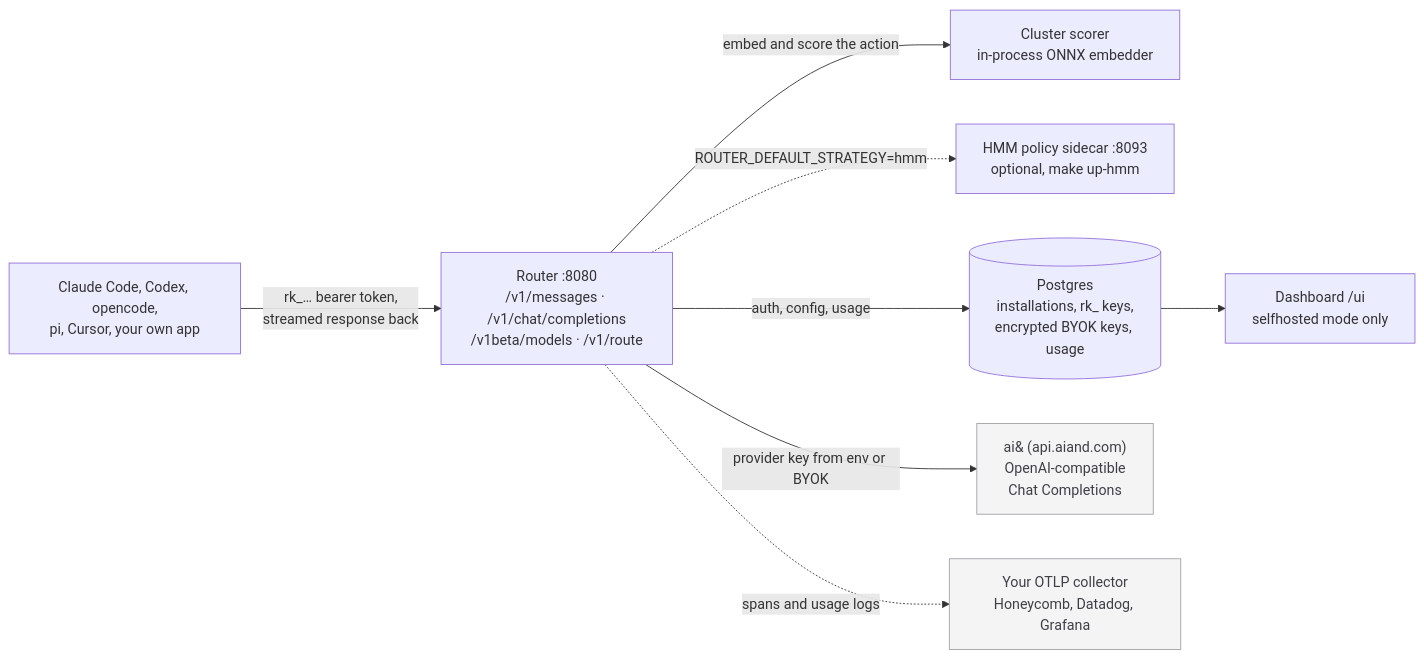
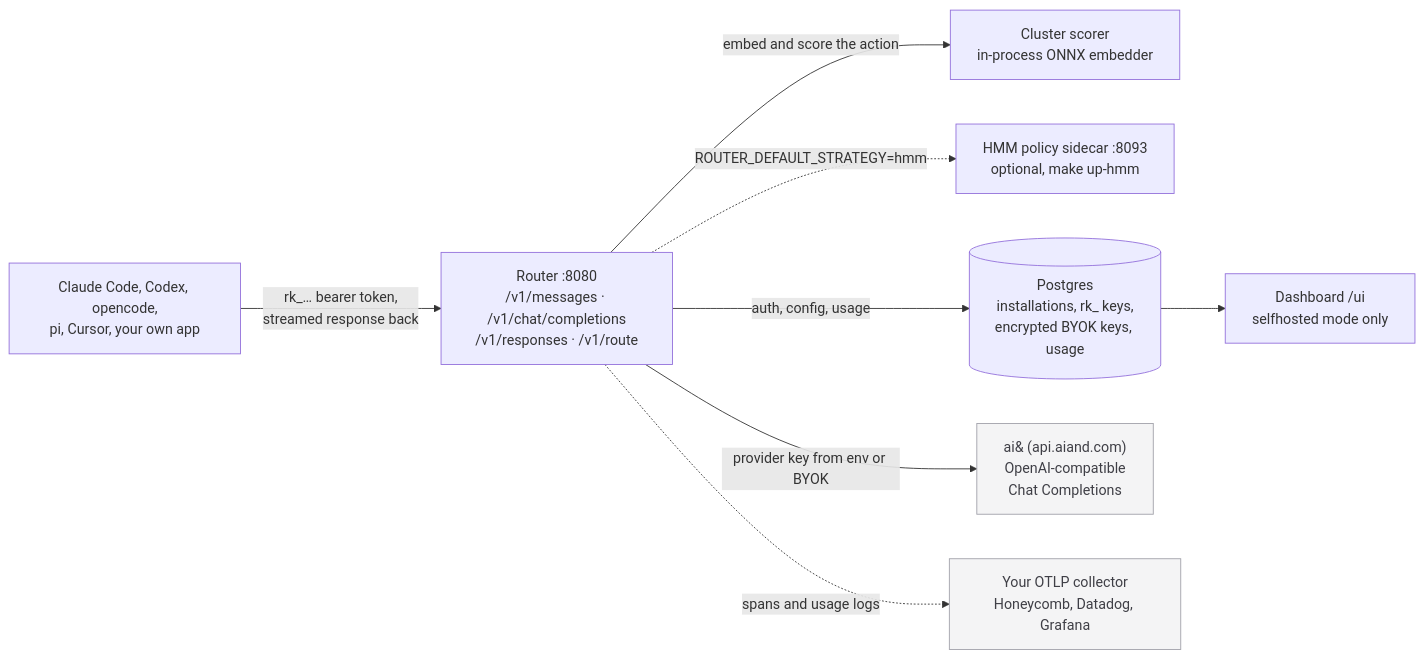
Before and after one commit to fenilmodi00/aiand_router: the diagram in README.md, drawn with Mermaid. The commit also changed other lines of this file and 49 other files, not shown here.

````diff
--- a/README.md
+++ b/README.md
@@ -136,22 +136,22 @@
 ```mermaid
 flowchart LR
     client["Claude Code, Codex, opencode,<br/>pi, Cursor, your own app"]
-    router["Router :8080<br/>/v1/messages · /v1/chat/completions<br/>/v1beta/models · /v1/route"]
+    router["Router :8080<br/>/v1/messages · /v1/chat/completions<br/>/v1/responses · /v1/route"]
     scorer["Cluster scorer<br/>in-process ONNX embedder"]
     hmm["HMM policy sidecar :8093<br/>optional, make up-hmm"]
     pg[("Postgres<br/>installations, rk_ keys,<br/>encrypted BYOK keys, usage")]
     ui["Dashboard /ui<br/>selfhosted mode only"]
     providers["ai& (api.aiand.com)<br/>OpenAI-compatible<br/>Chat Completions"]
     otel["Your OTLP collector<br/>Honeycomb, Datadog, Grafana"]
 
     client -->|"rk_… bearer token,<br/>streamed response back"| router
     router -->|"embed and score the action"| scorer
     router -.->|"ROUTER_DEFAULT_STRATEGY=hmm"| hmm
     router -->|"auth, config, usage"| pg
     pg --> ui
     router -->|"provider key from env or BYOK"| providers
     router -.->|"spans and usage logs"| otel
 
     classDef external fill:#f4f4f5,stroke:#a1a1aa,color:#3f3f46
     class providers,otel external
 ```
````
